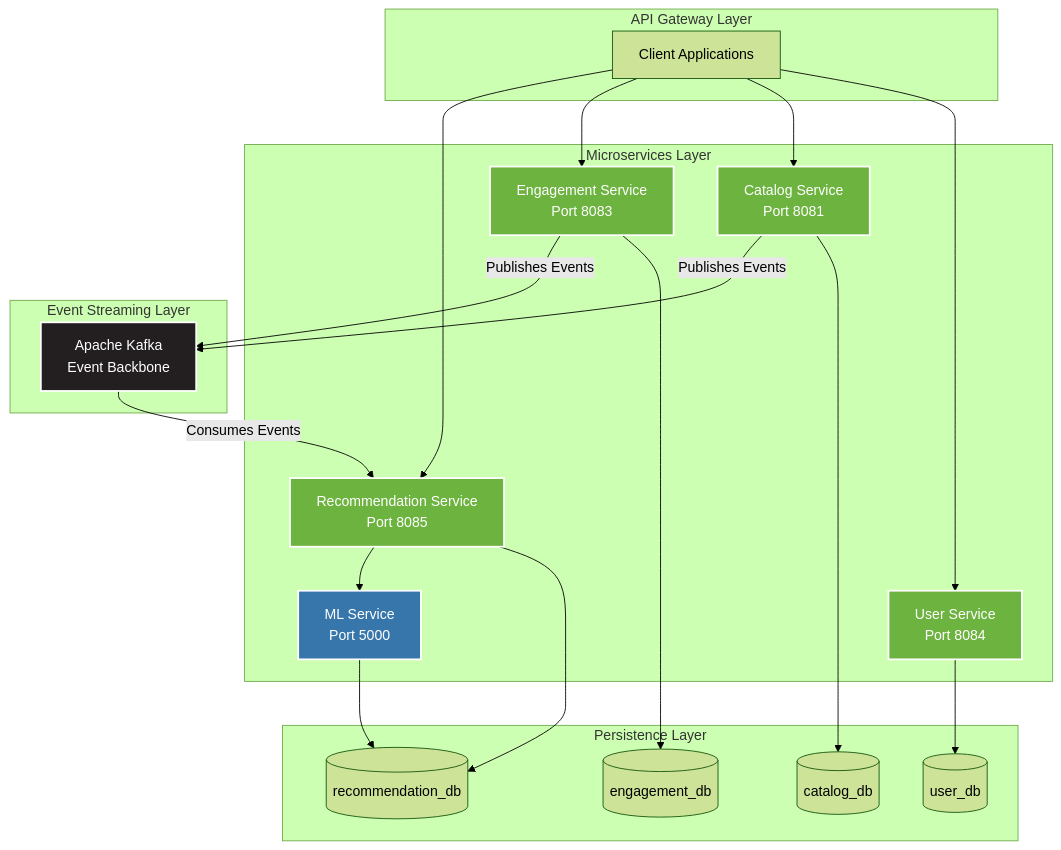
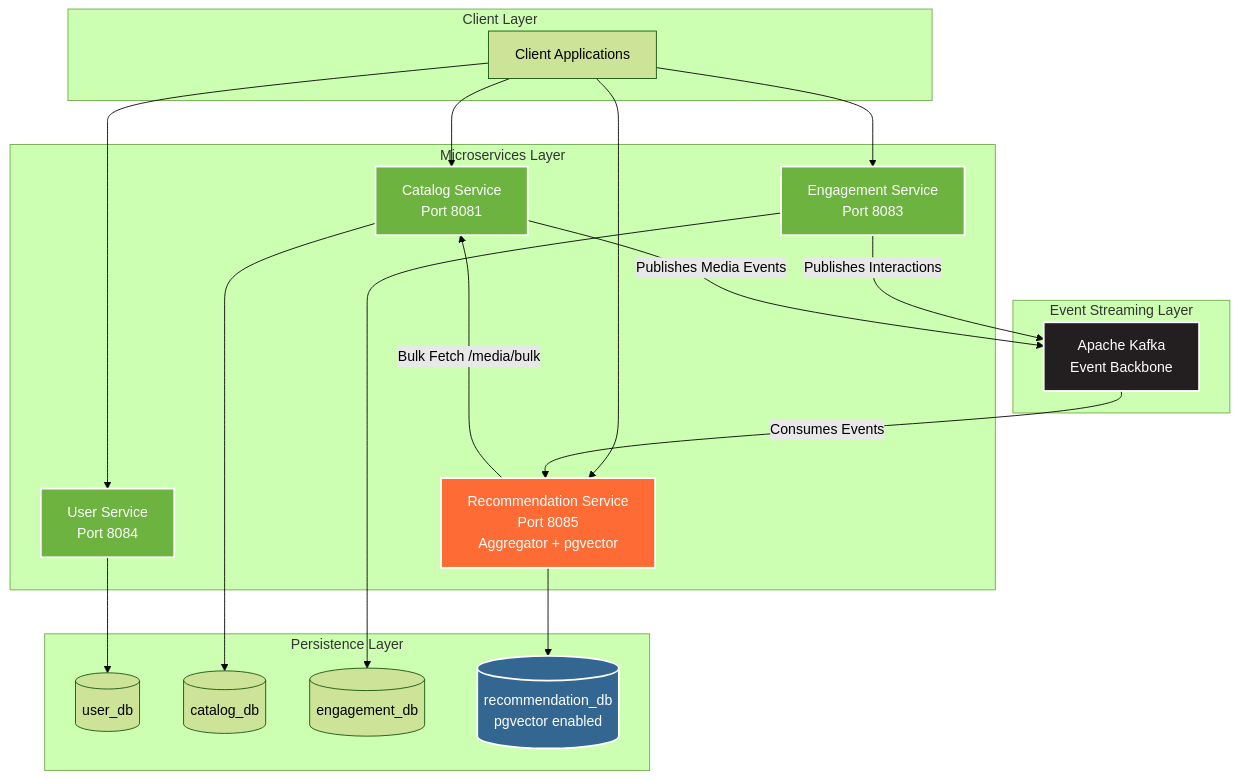
The diagram in README.md (Luca5Eckert/VellumHub), drawn with Mermaid (forest theme) before and after one commit. The commit also changed other lines of this file and 1 other file, not shown here.

First line of the commit message:
chore: rewrite README and PROJECT_ANALYSIS to reflect v2 architecture

````diff
--- a/README.md
+++ b/README.md
@@ -53,47 +55,45 @@
 ```mermaid
 graph TB
-    subgraph "API Gateway Layer"
+    subgraph "Client Layer"
         CLIENT[Client Applications]
     end
     
     subgraph "Microservices Layer"
         US[User Service<br/>Port 8084]
         CS[Catalog Service<br/>Port 8081]
         ES[Engagement Service<br/>Port 8083]
-        RS[Recommendation Service<br/>Port 8085]
-        ML[ML Service<br/>Port 5000]
+        RS[Recommendation Service<br/>Port 8085<br/>Aggregator + pgvector]
     end
     
     subgraph "Event Streaming Layer"
         KAFKA[Apache Kafka<br/>Event Backbone]
     end
     
     subgraph "Persistence Layer"
         USER_DB[(user_db)]
         CATALOG_DB[(catalog_db)]
         ENGAGEMENT_DB[(engagement_db)]
-        RECOMMENDATION_DB[(recommendation_db)]
+        REC_DB[(recommendation_db<br/>pgvector enabled)]
     end
     
     CLIENT --> US
     CLIENT --> CS
     CLIENT --> ES
     CLIENT --> RS
     
     US --> USER_DB
     CS --> CATALOG_DB
     ES --> ENGAGEMENT_DB
-    ES -->|Publishes Events| KAFKA
-    CS -->|Publishes Events| KAFKA
+    ES -->|Publishes Interactions| KAFKA
+    CS -->|Publishes Media Events| KAFKA
     KAFKA -->|Consumes Events| RS
-    RS --> RECOMMENDATION_DB
-    RS --> ML
-    ML --> RECOMMENDATION_DB
+    RS --> REC_DB
+    RS -->|Bulk Fetch /media/bulk| CS
     
     style KAFKA fill:#231F20,stroke:#fff,stroke-width:2px,color:#fff
     style US fill:#6DB33F,stroke:#fff,stroke-width:2px,color:#fff
     style CS fill:#6DB33F,stroke:#fff,stroke-width:2px,color:#fff
     style ES fill:#6DB33F,stroke:#fff,stroke-width:2px,color:#fff
-    style RS fill:#6DB33F,stroke:#fff,stroke-width:2px,color:#fff
-    style ML fill:#3776AB,stroke:#fff,stroke-width:2px,color:#fff
+    style RS fill:#FF6B35,stroke:#fff,stroke-width:2px,color:#fff
+    style REC_DB fill:#336791,stroke:#fff,stroke-width:2px,color:#fff
 ```
````
